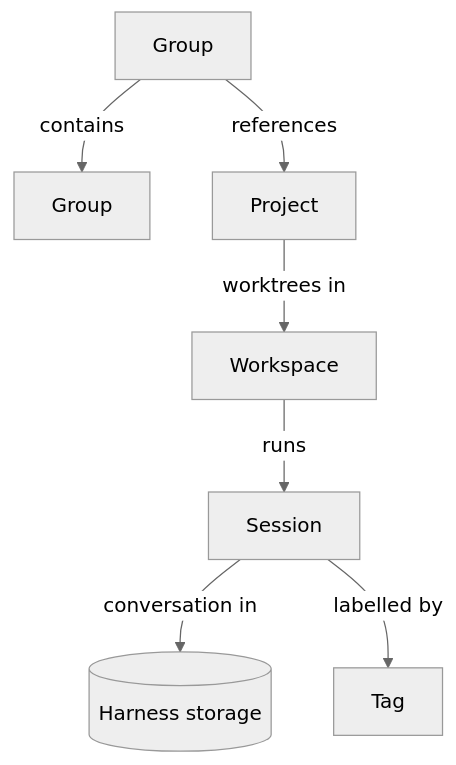
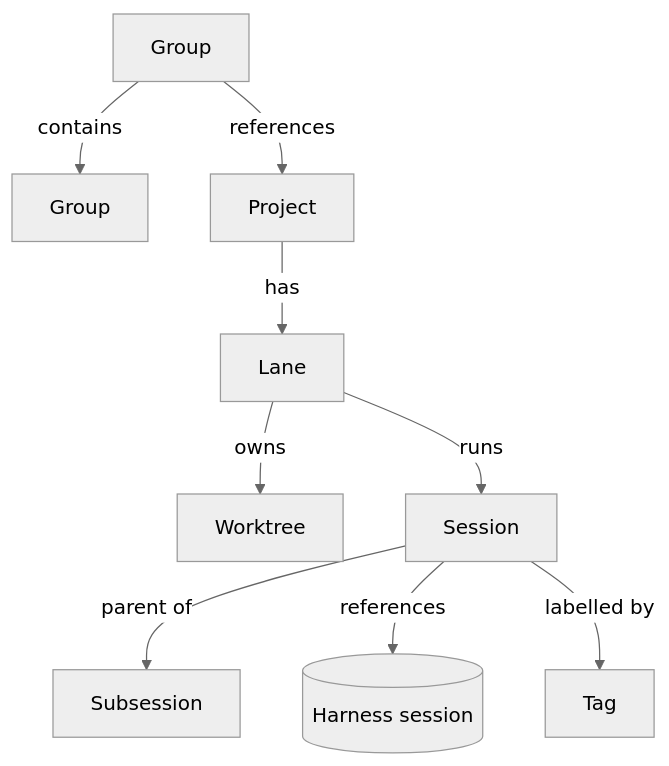
One commit to fbrg141/panoptes changed the diagram in docs/domain-model.md. Above: the diagram before and after it, drawn with Mermaid (neutral theme). The commit also changed other lines of this file and 2 other files, not shown here.

First line of the commit message:
Record the lane model and the product bets (#59)

````diff
--- a/docs/domain-model.md
+++ b/docs/domain-model.md
@@ -23,9 +30,11 @@
 ```mermaid
 graph TD
   G[Group] -->|contains| G2[Group]
   G -->|references| P[Project]
-  P -->|worktrees in| W[Workspace]
-  W -->|runs| S[Session]
-  S -->|conversation in| H[(Harness storage)]
+  P -->|has| L[Lane]
+  L -->|owns| W[Worktree]
+  L -->|runs| S[Session]
+  S -->|parent of| S2[Subsession]
+  S -->|references| H[(Harness session)]
   S -->|labelled by| T[Tag]
 ```
````
